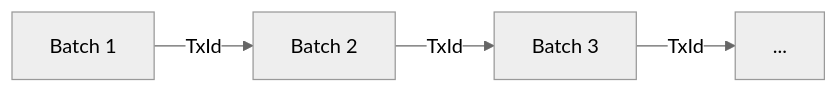
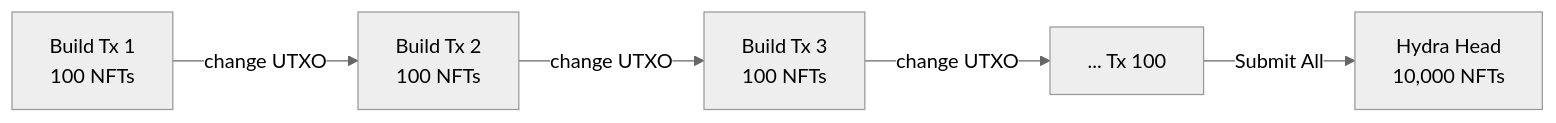
One commit to Kwired/Hydra-Powered-Micro-PaaS changed the diagram in README.md. Above: the diagram before and after it, drawn with Mermaid (neutral theme). The commit also changed other lines of this file and 44 other files, not shown here.

````diff
--- a/README.md
+++ b/README.md
@@ -129,6 +149,7 @@
 ```mermaid
 graph LR
-    A[Batch 1] -->|TxId| B[Batch 2]
-    B -->|TxId| C[Batch 3]
-    C -->|TxId| D[...]
+    A[Build Tx 1<br/>100 NFTs] -->|change UTXO| B[Build Tx 2<br/>100 NFTs]
+    B -->|change UTXO| C[Build Tx 3<br/>100 NFTs]
+    C -->|change UTXO| D[... Tx 100]
+    D -->|Submit All| E[Hydra Head<br/>10,000 NFTs]
 ```
````
